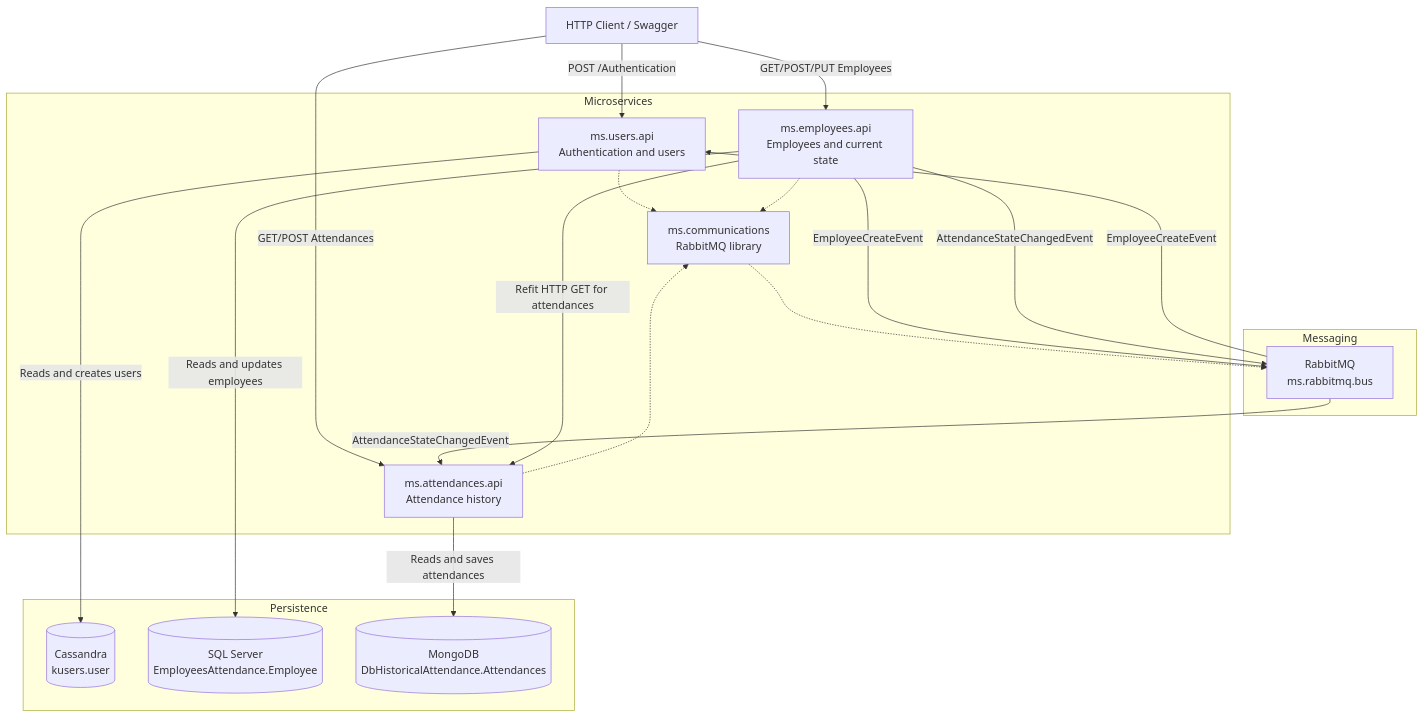
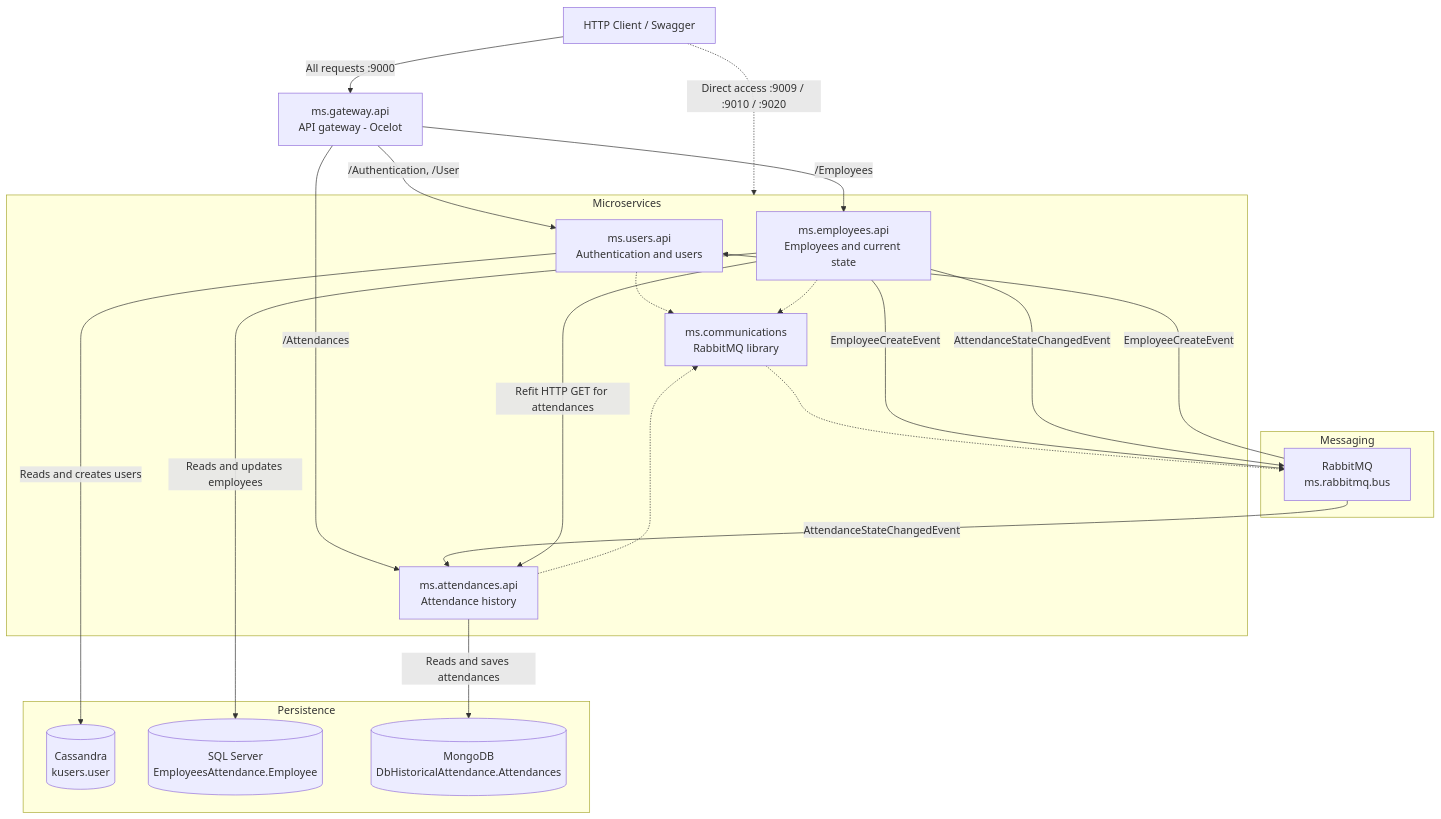
One commit to harlinacero/EmployeeAttendanceControl changed the first of 2 diagrams in README.md. Above: the diagram before and after it, drawn with Mermaid. The commit also changed other lines of this file and 22 other files, not shown here.

First line of the commit message:
feat(gateway): Ocelot API gateway as single entry point (002)

````diff
--- a/README.md
+++ b/README.md
@@ -34,40 +55,44 @@
 ```mermaid
 flowchart TB
 	Client[HTTP Client / Swagger]
+	Gateway[ms.gateway.api
+API gateway - Ocelot]
 
 	subgraph Services[Microservices]
 		Users[ms.users.api\nAuthentication and users]
 		Employees[ms.employees.api\nEmployees and current state]
 		Attendances[ms.attendances.api\nAttendance history]
 		Communications[ms.communications\nRabbitMQ library]
 	end
 
 	subgraph Messaging[Messaging]
 		Rabbit[RabbitMQ\nms.rabbitmq.bus]
 	end
 
 	subgraph Data[Persistence]
 		Cassandra[(Cassandra\nkusers.user)]
 		Sql[(SQL Server\nEmployeesAttendance.Employee)]
 		Mongo[(MongoDB\nDbHistoricalAttendance.Attendances)]
 	end
 
-	Client -->|POST /Authentication| Users
-	Client -->|GET/POST/PUT Employees| Employees
-	Client -->|GET/POST Attendances| Attendances
+	Client -->|All requests :9000| Gateway
+	Client -.->|Direct access :9009 / :9010 / :9020| Services
+	Gateway -->|/Authentication, /User| Users
+	Gateway -->|/Employees| Employees
+	Gateway -->|/Attendances| Attendances
 
 	Users -->|Reads and creates users| Cassandra
 	Employees -->|Reads and updates employees| Sql
 	Attendances -->|Reads and saves attendances| Mongo
 
 	Users -.-> Communications
 	Employees -.-> Communications
 	Attendances -.-> Communications
 	Communications -.-> Rabbit
 
 	Employees -->|EmployeeCreateEvent| Rabbit
 	Rabbit -->|EmployeeCreateEvent| Users
 	Employees -->|AttendanceStateChangedEvent| Rabbit
 	Rabbit -->|AttendanceStateChangedEvent| Attendances
 	Employees -->|Refit HTTP GET for attendances| Attendances
 ```
````
